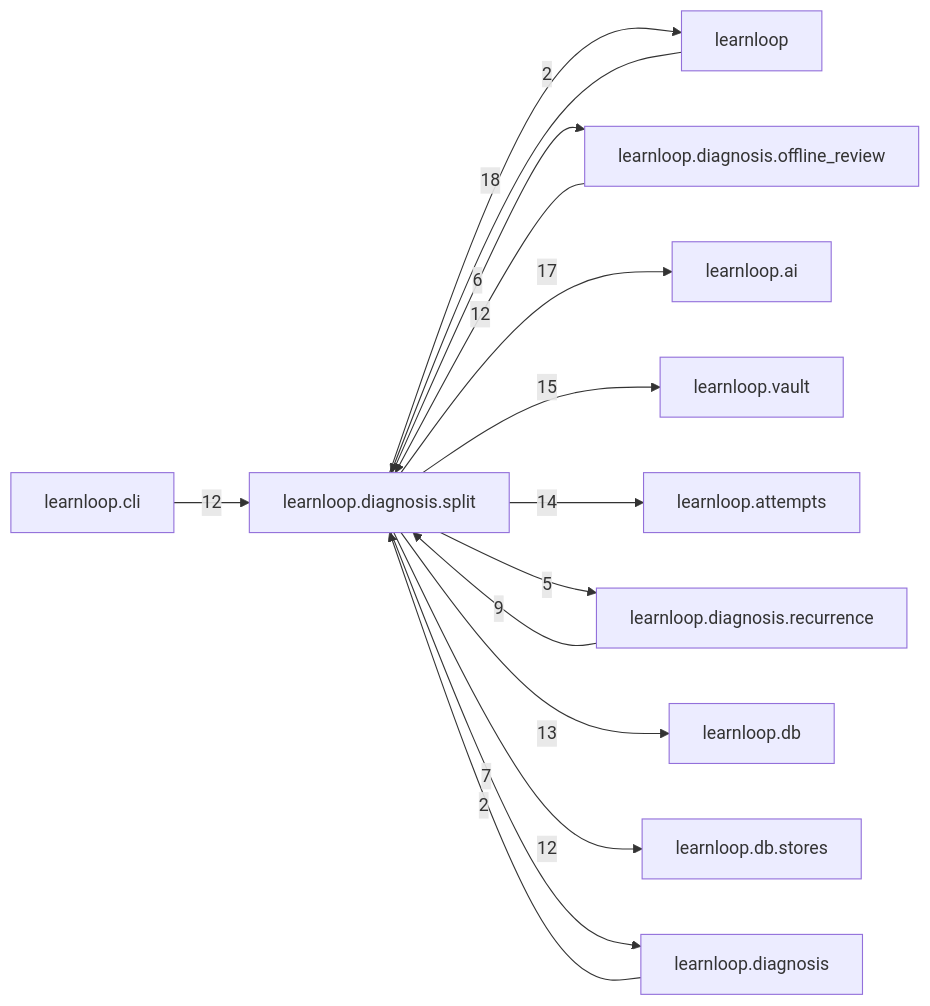
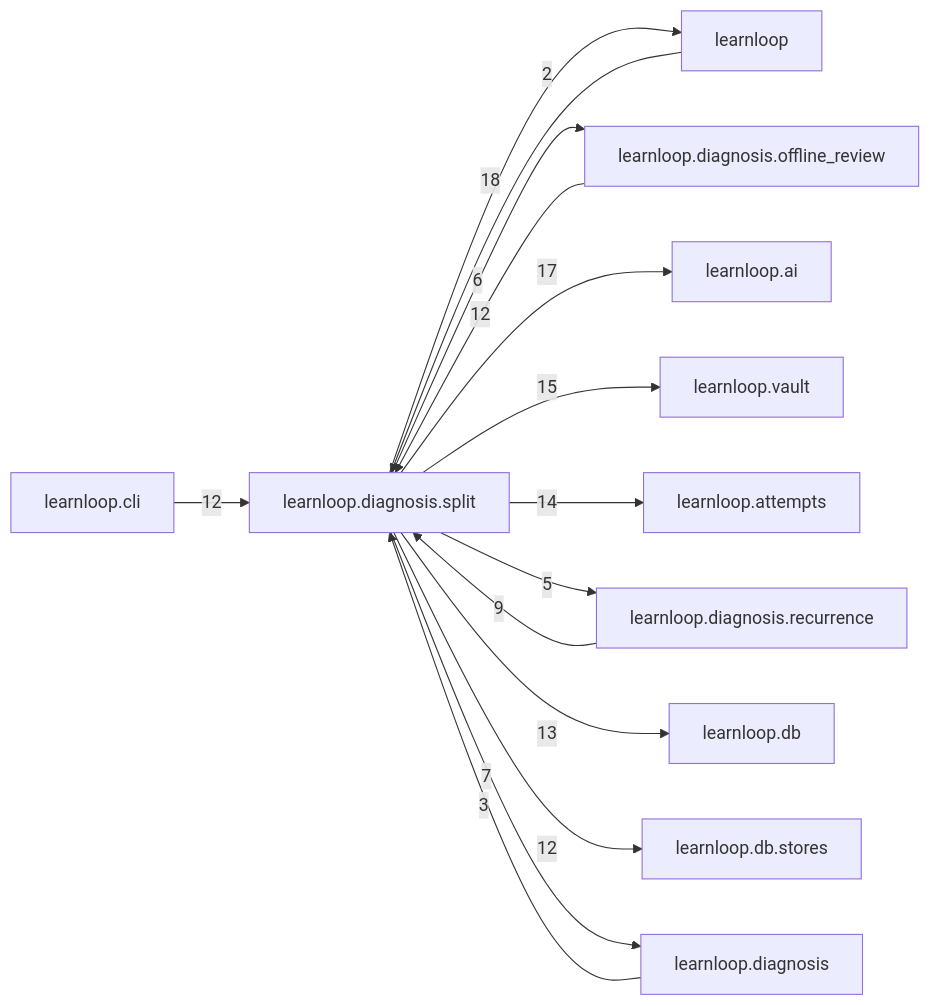
One commit to 6up-b/learnanything changed the diagram in docs/learnloop-architecture-vault/Reference/Modules/learnloop/diagnosis/split/_package.md. Above: the diagram before and after it, drawn with Mermaid. The commit also changed other lines of this file and 616 other files, not shown here.

````diff
--- a/docs/learnloop-architecture-vault/Reference/Modules/learnloop/diagnosis/split/_package.md
+++ b/docs/learnloop-architecture-vault/Reference/Modules/learnloop/diagnosis/split/_package.md
@@ -121,28 +123,28 @@
 ```mermaid
 flowchart LR
     center["learnloop.diagnosis.split"]
     n_learnloop["learnloop"]
     n_learnloop_diagnosis_offline_review["learnloop.diagnosis.offline_review"]
     n_learnloop_ai["learnloop.ai"]
     n_learnloop_vault["learnloop.vault"]
     n_learnloop_attempts["learnloop.attempts"]
     n_learnloop_diagnosis_recurrence["learnloop.diagnosis.recurrence"]
     n_learnloop_db["learnloop.db"]
     n_learnloop_cli["learnloop.cli"]
     n_learnloop_db_stores["learnloop.db.stores"]
     n_learnloop_diagnosis["learnloop.diagnosis"]
     n_learnloop -->|2| center
     center -->|18| n_learnloop
     n_learnloop_diagnosis_offline_review -->|12| center
     center -->|6| n_learnloop_diagnosis_offline_review
     center -->|17| n_learnloop_ai
     center -->|15| n_learnloop_vault
     center -->|14| n_learnloop_attempts
     n_learnloop_diagnosis_recurrence -->|9| center
     center -->|5| n_learnloop_diagnosis_recurrence
     center -->|13| n_learnloop_db
     n_learnloop_cli -->|12| center
     center -->|12| n_learnloop_db_stores
-    n_learnloop_diagnosis -->|2| center
+    n_learnloop_diagnosis -->|3| center
     center -->|7| n_learnloop_diagnosis
 ```
````
